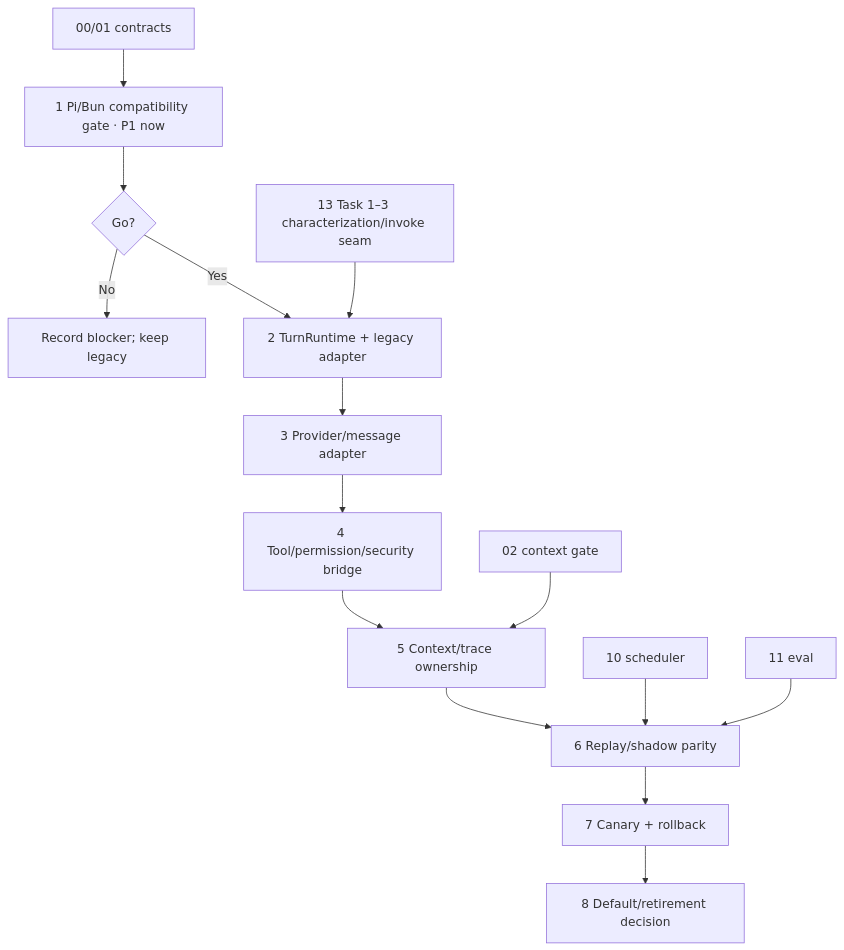
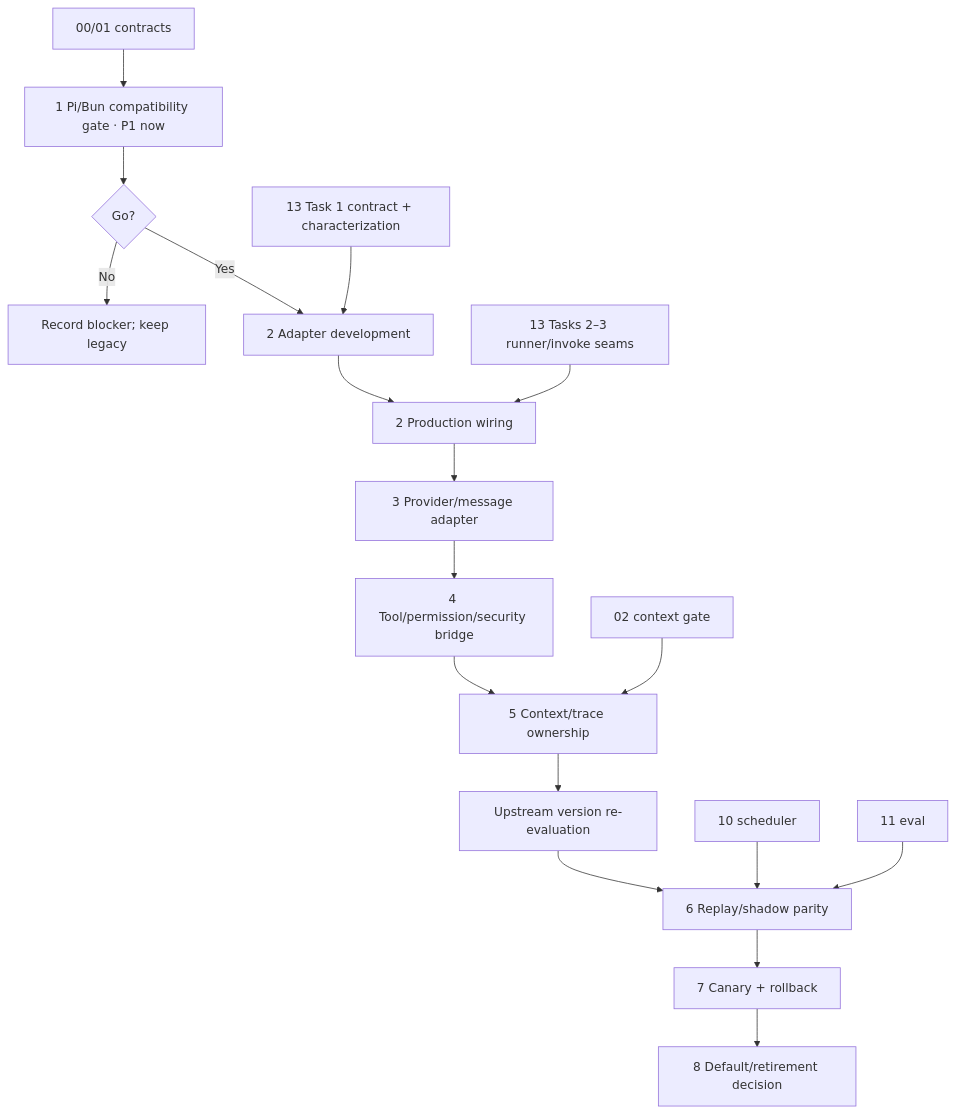
One commit to medhorizon/medhorizon changed the diagram in tasks/plans/17-pi-runtime-migration.md. Above: the diagram before and after it, drawn with Mermaid. The commit also changed other lines of this file and 74 other files, not shown here.

````diff
--- a/tasks/plans/17-pi-runtime-migration.md
+++ b/tasks/plans/17-pi-runtime-migration.md
@@ -287,17 +326,20 @@
 ```mermaid
 flowchart TD
   P00["00/01 contracts"] --> T1["1 Pi/Bun compatibility gate · P1 now"]
   T1 --> G{"Go?"}
   G -->|No| N["Record blocker; keep legacy"]
-  G -->|Yes| T2["2 TurnRuntime + legacy adapter"]
-  P13["13 Task 1–3 characterization/invoke seam"] --> T2
-  T2 --> T3["3 Provider/message adapter"]
+  G -->|Yes| T2D["2 Adapter development"]
+  P13C["13 Task 1 contract + characterization"] --> T2D
+  T2D --> T2W["2 Production wiring"]
+  P13W["13 Tasks 2–3 runner/invoke seams"] --> T2W
+  T2W --> T3["3 Provider/message adapter"]
   T3 --> T4["4 Tool/permission/security bridge"]
   T4 --> T5["5 Context/trace ownership"]
   P02["02 context gate"] --> T5
-  T5 --> T6["6 Replay/shadow parity"]
+  T5 --> V["Upstream version re-evaluation"]
+  V --> T6["6 Replay/shadow parity"]
   P10["10 scheduler"] --> T6
   P11["11 eval"] --> T6
   T6 --> T7["7 Canary + rollback"]
   T7 --> T8["8 Default/retirement decision"]
 ```
````
